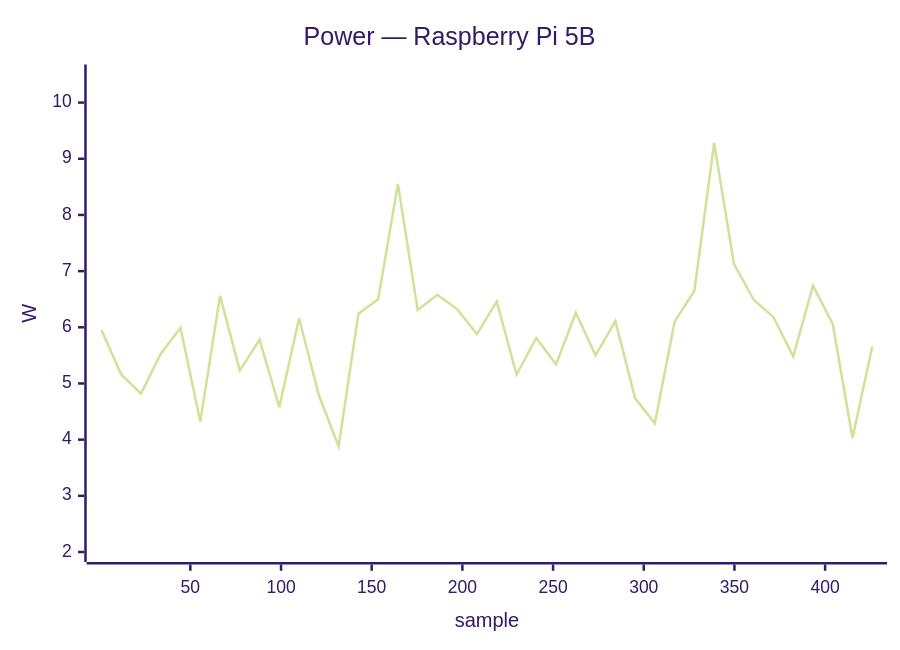
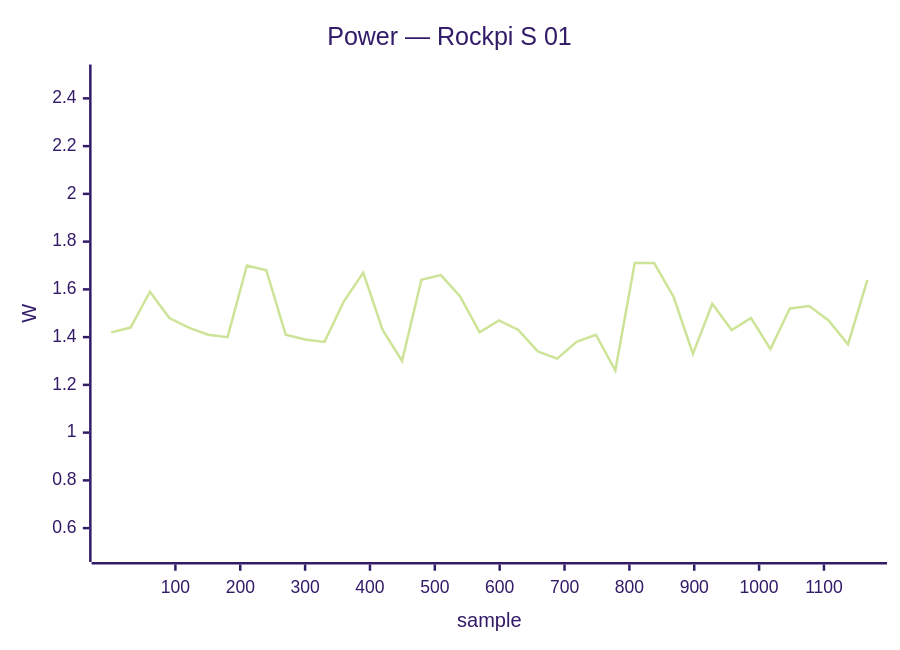
Diagram 13 of 34 in docs/status/board-tests.md (armbian/documentation), drawn with Mermaid (forest theme) before and after one commit. The commit also changed other lines of this file, not shown here.

````diff
--- a/docs/status/board-tests.md
+++ b/docs/status/board-tests.md
@@ -707,7 +726,7 @@
 ```mermaid
 xychart-beta
-    title "Power — Raspberry Pi 5B"
-    x-axis "sample" 1 --> 426
-    y-axis "W" 2.0 --> 10.5
-    line [5.95, 5.16, 4.82, 5.53, 5.99, 4.32, 6.56, 5.23, 5.78, 4.58, 6.16, 4.79, 3.88, 6.24, 6.50, 8.55, 6.31, 6.58, 6.32, 5.88, 6.46, 5.16, 5.81, 5.34, 6.26, 5.50, 6.11, 4.74, 4.29, 6.10, 6.65, 9.28, 7.13, 6.49, 6.18, 5.48, 6.74, 6.06, 4.03, 5.66]
+    title "Power — Rockpi S 01"
+    x-axis "sample" 1 --> 1167
+    y-axis "W" 0.5 --> 2.5
+    line [1.42, 1.44, 1.59, 1.48, 1.44, 1.41, 1.40, 1.70, 1.68, 1.41, 1.39, 1.38, 1.55, 1.67, 1.43, 1.30, 1.64, 1.66, 1.57, 1.42, 1.47, 1.43, 1.34, 1.31, 1.38, 1.41, 1.26, 1.71, 1.71, 1.57, 1.33, 1.54, 1.43, 1.48, 1.35, 1.52, 1.53, 1.47, 1.37, 1.64]
 ```
````
